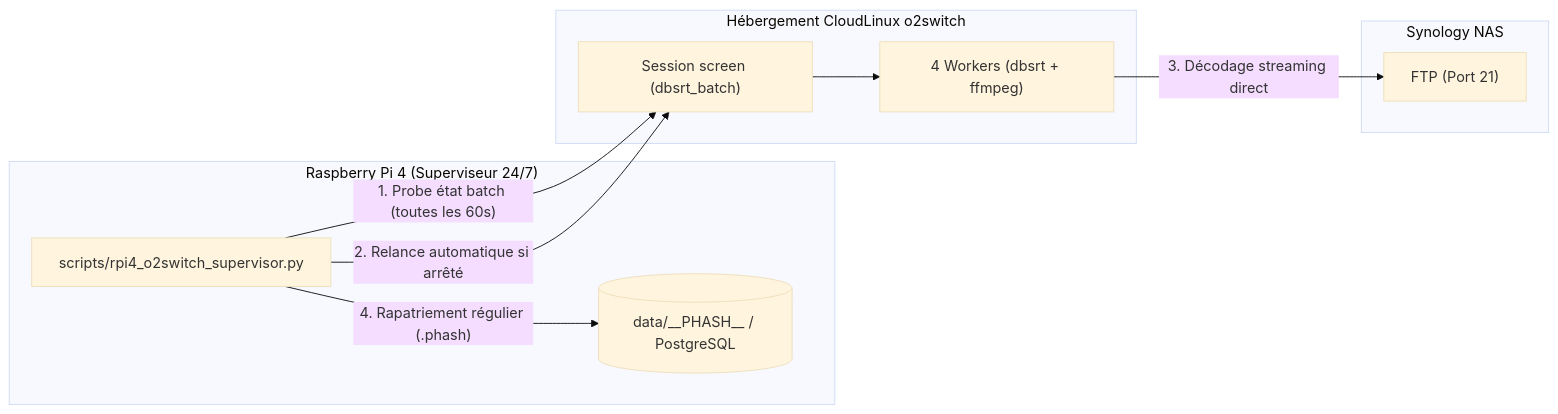
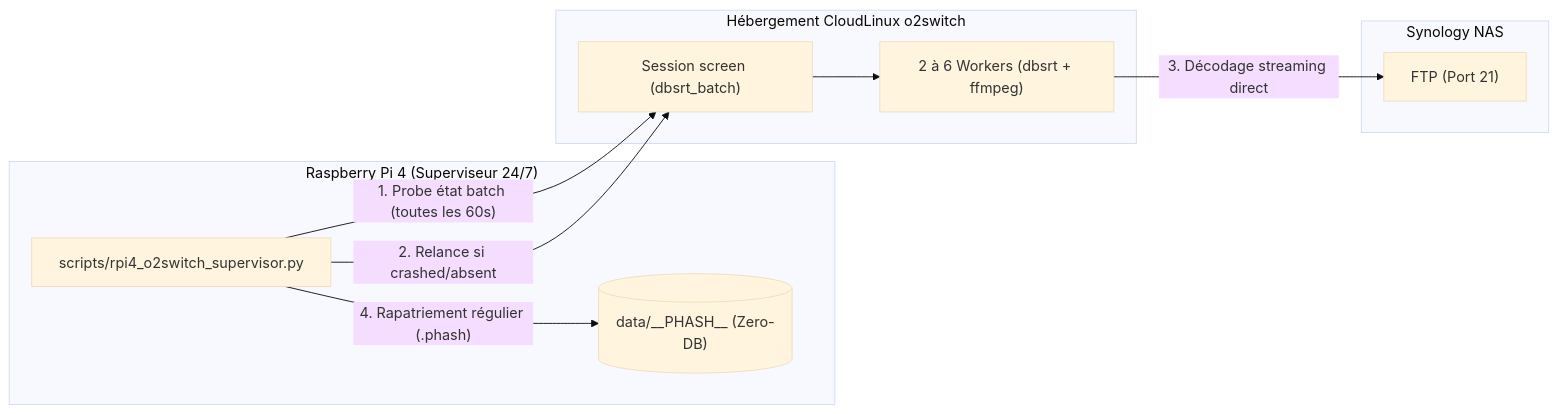
One commit to yoyonel/pydbsrt changed the first of 2 diagrams in docs/how-to/superviser-batch-o2switch-depuis-rpi4.md. Above: the diagram before and after it, drawn with Mermaid (base theme). The commit also changed other lines of this file and 20 other files, not shown here.

````diff
--- a/docs/how-to/superviser-batch-o2switch-depuis-rpi4.md
+++ b/docs/how-to/superviser-batch-o2switch-depuis-rpi4.md
@@ -18,22 +18,22 @@
 ```mermaid
 flowchart LR
     subgraph RPi4["Raspberry Pi 4 (Superviseur 24/7)"]
         WATCH["scripts/rpi4_o2switch_supervisor.py"]
-        LOCAL_CAT[("data/__PHASH__ / PostgreSQL")]
+        LOCAL_CAT[("data/__PHASH__ (Zero-DB)")]
     end
 
     subgraph O2["Hébergement CloudLinux o2switch"]
         SCREEN["Session screen (dbsrt_batch)"]
-        WORKERS["4 Workers (dbsrt + ffmpeg)"]
+        WORKERS["2 à 6 Workers (dbsrt + ffmpeg)"]
     end
 
     subgraph NAS["Synology NAS"]
         FTP["FTP (Port 21)"]
     end
 
     WATCH -->|"1. Probe état batch (toutes les 60s)"| SCREEN
-    WATCH -->|"2. Relance automatique si arrêté"| SCREEN
+    WATCH -->|"2. Relance si crashed/absent"| SCREEN
     SCREEN --> WORKERS
     WORKERS -->|"3. Décodage streaming direct"| FTP
     WATCH -->|"4. Rapatriement régulier (.phash)"| LOCAL_CAT
 ```
````
